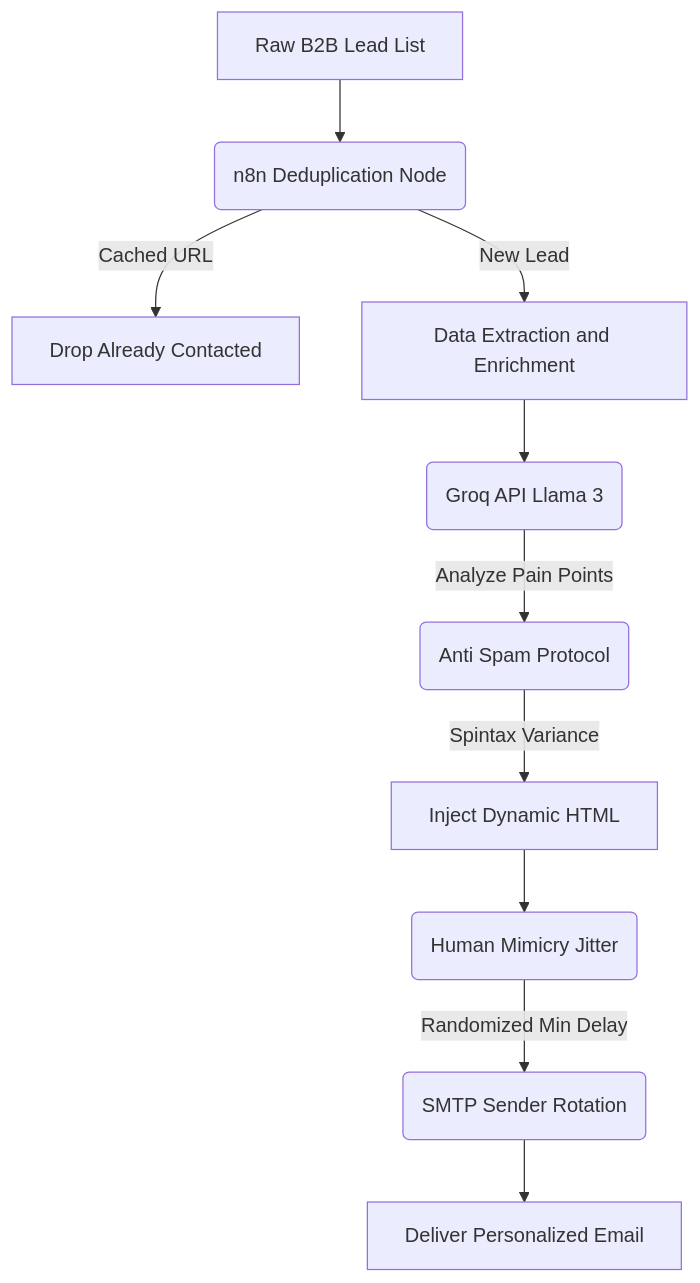
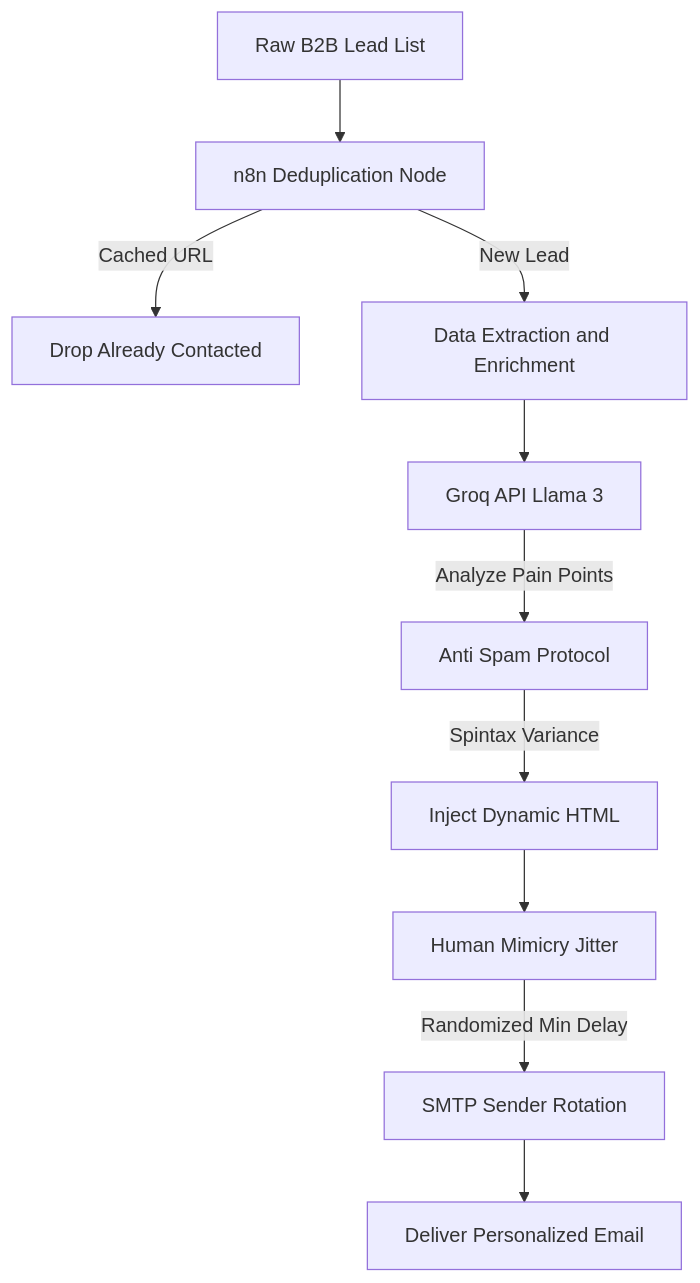
Before and after one commit to alirosyid/stateful-abm-engine: the diagram in README.md, drawn with Mermaid.

````diff
--- a/README.md
+++ b/README.md
@@ -13,12 +13,25 @@
 ```mermaid
 graph TD
-    A[Raw B2B Lead List] --> B(n8n Deduplication Node)
-    B -->|Cached URL| Z[Drop Already Contacted]
-    B -->|New Lead| C[Data Extraction and Enrichment]
-    C --> D(Groq API Llama 3)
-    D -->|Analyze Pain Points| E(Anti Spam Protocol)
-    E -->|Spintax Variance| F[Inject Dynamic HTML]
-    F --> G(Human Mimicry Jitter)
-    G -->|Randomized Min Delay| H(SMTP Sender Rotation)
-    H --> I[Deliver Personalized Email]
+    %% 1. DEKLARASI VARIABEL (Strict Mode)
+    id1["Raw B2B Lead List"]
+    id2["n8n Deduplication Node"]
+    id3["Drop Already Contacted"]
+    id4["Data Extraction and Enrichment"]
+    id5["Groq API Llama 3"]
+    id6["Anti Spam Protocol"]
+    id7["Inject Dynamic HTML"]
+    id8["Human Mimicry Jitter"]
+    id9["SMTP Sender Rotation"]
+    id10["Deliver Personalized Email"]
+
+    %% 2. KONEKSI LOGIKA
+    id1 --> id2
+    id2 -->|"Cached URL"| id3
+    id2 -->|"New Lead"| id4
+    id4 --> id5
+    id5 -->|"Analyze Pain Points"| id6
+    id6 -->|"Spintax Variance"| id7
+    id7 --> id8
+    id8 -->|"Randomized Min Delay"| id9
+    id9 --> id10
 ```
````
